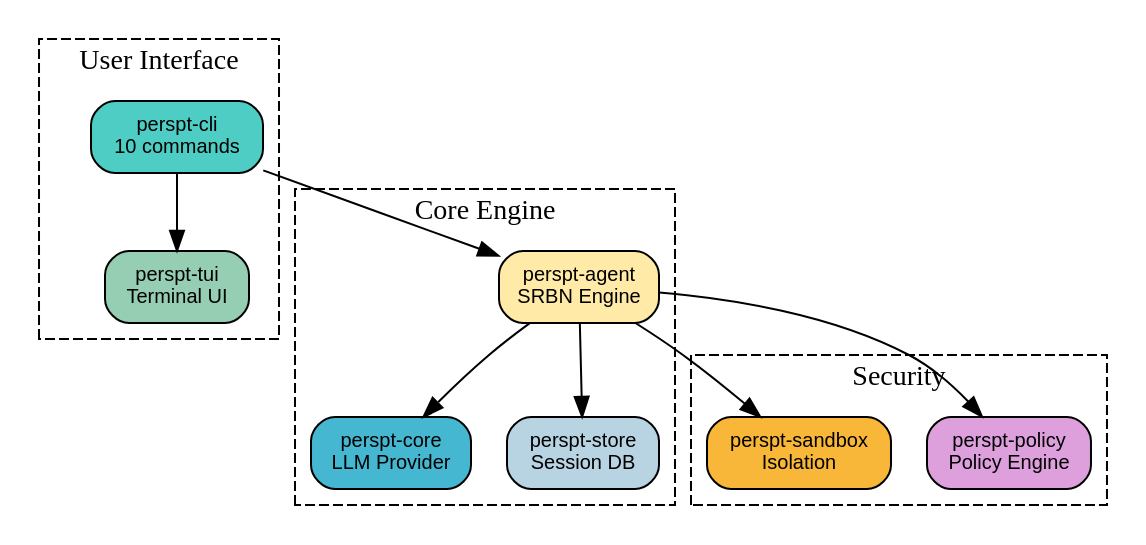
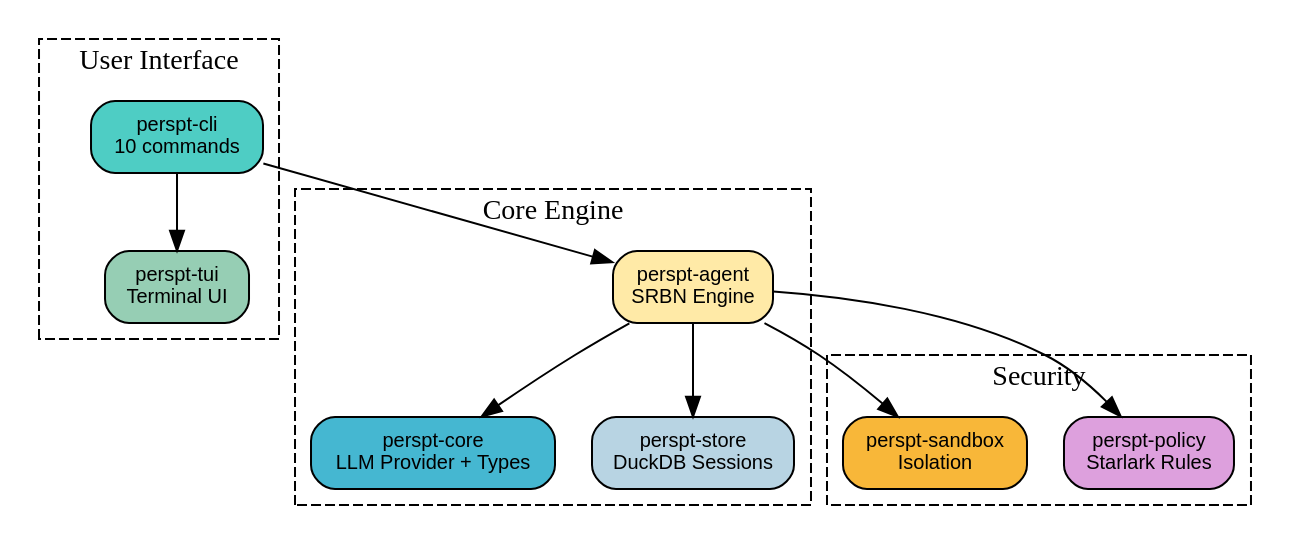
One commit to eonseed/perspt changed the first of 2 diagrams in docs/perspt_book/source/introduction.rst. Above: the diagram before and after it, drawn with Graphviz. The commit also changed other lines of this file and 50 other files, not shown here.

```diff
--- a/docs/perspt_book/source/introduction.rst
+++ b/docs/perspt_book/source/introduction.rst
@@ -37,37 +64,37 @@
 .. graphviz::
    :align: center
    :caption: Perspt Architecture Overview
 
    digraph arch {
        rankdir=TB;
        node [shape=box, style="rounded,filled", fontname="Helvetica", fontsize=10];
-       
+
        subgraph cluster_cli {
            label="User Interface";
            style=dashed;
            cli [label="perspt-cli\n10 commands", fillcolor="#4ECDC4"];
            tui [label="perspt-tui\nTerminal UI", fillcolor="#96CEB4"];
        }
-       
+
        subgraph cluster_core {
            label="Core Engine";
            style=dashed;
-           core [label="perspt-core\nLLM Provider", fillcolor="#45B7D1"];
+           core [label="perspt-core\nLLM Provider + Types", fillcolor="#45B7D1"];
            agent [label="perspt-agent\nSRBN Engine", fillcolor="#FFEAA7"];
-           store [label="perspt-store\nSession DB", fillcolor="#B8D4E3"];
+           store [label="perspt-store\nDuckDB Sessions", fillcolor="#B8D4E3"];
        }
-       
+
        subgraph cluster_security {
            label="Security";
            style=dashed;
-           policy [label="perspt-policy\nPolicy Engine", fillcolor="#DDA0DD"];
+           policy [label="perspt-policy\nStarlark Rules", fillcolor="#DDA0DD"];
            sandbox [label="perspt-sandbox\nIsolation", fillcolor="#F8B739"];
        }
-       
+
        cli -> tui;
        cli -> agent;
        agent -> core;
        agent -> store;
        agent -> policy;
        agent -> sandbox;
    }
```
